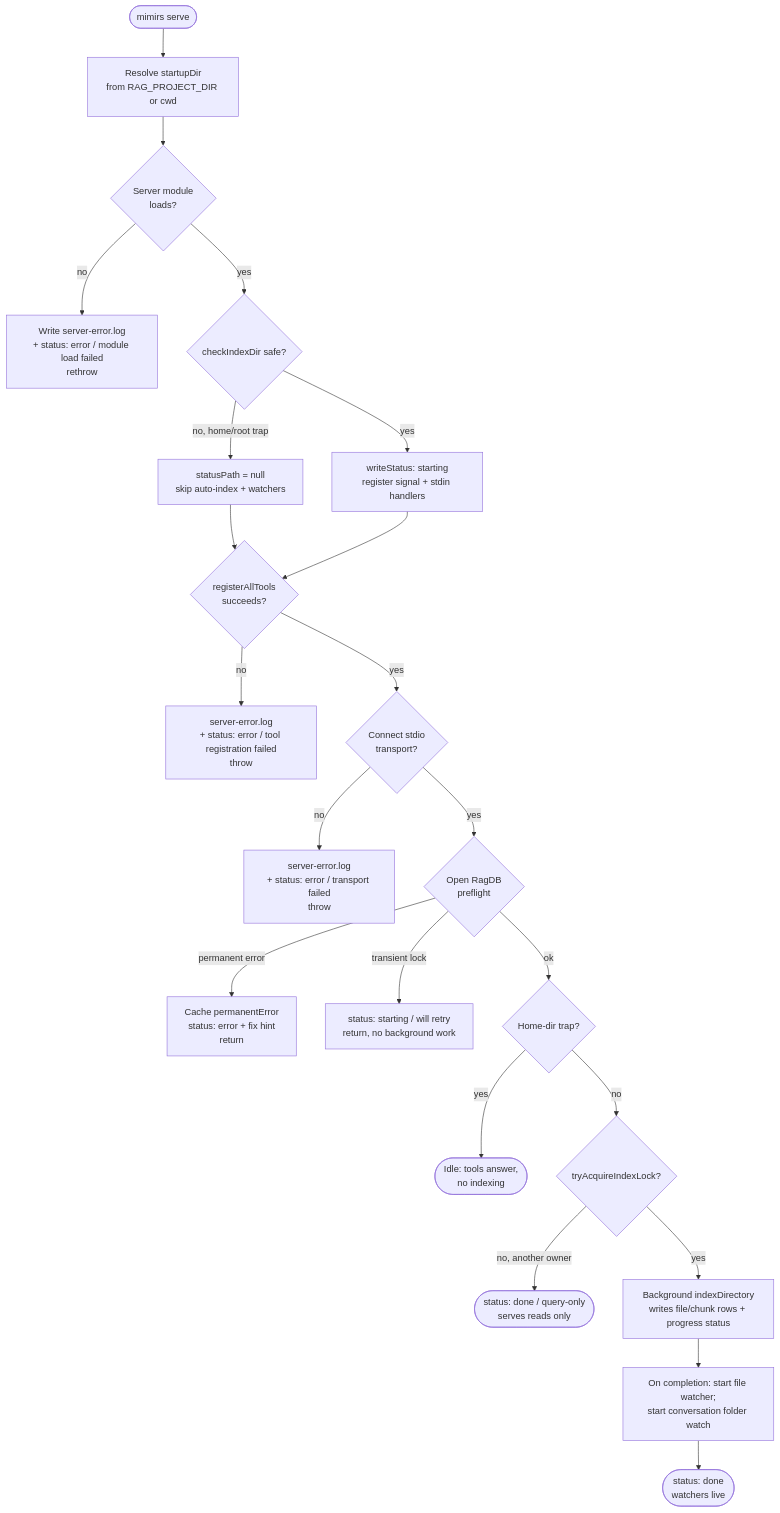
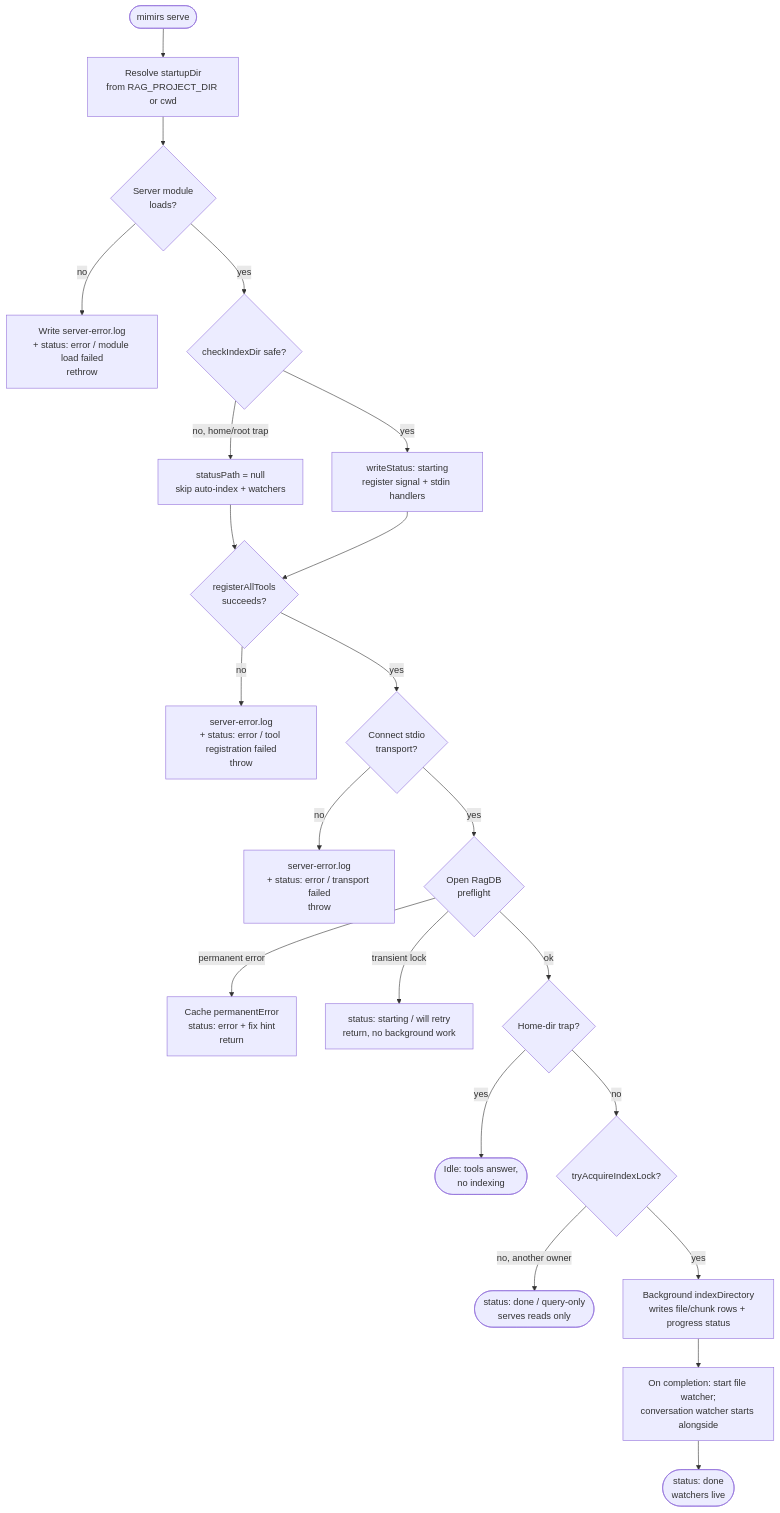
Before and after one commit to TheWinci/mimirs: the diagram in wiki/server/start.md, drawn with Mermaid. The commit also changed other lines of this file and 58 other files, not shown here.

````diff
--- a/wiki/server/start.md
+++ b/wiki/server/start.md
@@ -17,24 +17,24 @@
 ```mermaid
 flowchart TD
   startNode([mimirs serve]) --> resolveDir[Resolve startupDir<br>from RAG_PROJECT_DIR or cwd]
   resolveDir --> loadMod{Server module<br>loads?}
   loadMod -- no --> modFail[Write server-error.log<br>+ status: error / module load failed<br>rethrow]
   loadMod -- yes --> guard{checkIndexDir safe?}
   guard -- no, home/root trap --> noStatus[statusPath = null<br>skip auto-index + watchers]
   guard -- yes --> writeStart[writeStatus: starting<br>register signal + stdin handlers]
   noStatus --> register
   writeStart --> register{registerAllTools<br>succeeds?}
   register -- no --> regFail[server-error.log<br>+ status: error / tool registration failed<br>throw]
   register -- yes --> connect{Connect stdio<br>transport?}
   connect -- no --> connFail[server-error.log<br>+ status: error / transport failed<br>throw]
   connect -- yes --> preflight{Open RagDB<br>preflight}
   preflight -- permanent error --> permFail[Cache permanentError<br>status: error + fix hint<br>return]
   preflight -- transient lock --> transFail[status: starting / will retry<br>return, no background work]
   preflight -- ok --> homeCheck{Home-dir trap?}
   homeCheck -- yes --> idleEnd([Idle: tools answer,<br>no indexing])
   homeCheck -- no --> lock{tryAcquireIndexLock?}
   lock -- no, another owner --> queryOnly([status: done / query-only<br>serves reads only])
   lock -- yes --> bgIndex[Background indexDirectory<br>writes file/chunk rows + progress status]
-  bgIndex --> watchers[On completion: start file watcher;<br>start conversation folder watch]
+  bgIndex --> watchers[On completion: start file watcher;<br>conversation watcher starts alongside]
   watchers --> runningNode([status: done<br>watchers live])
 ```
````
